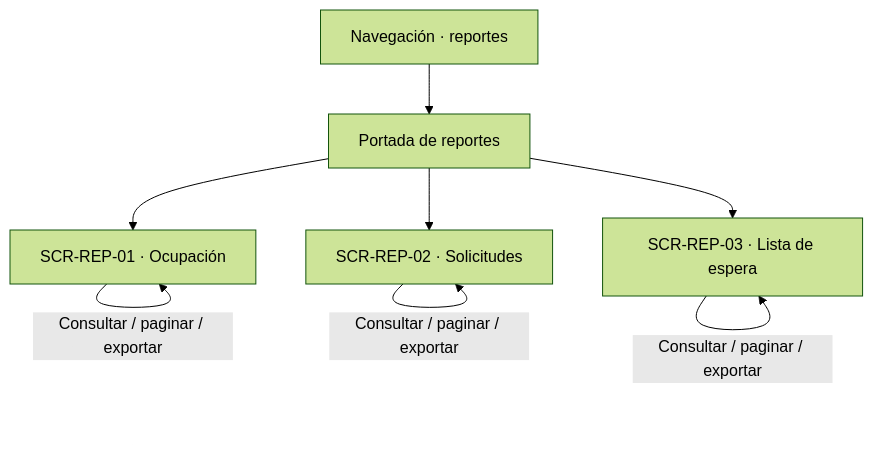
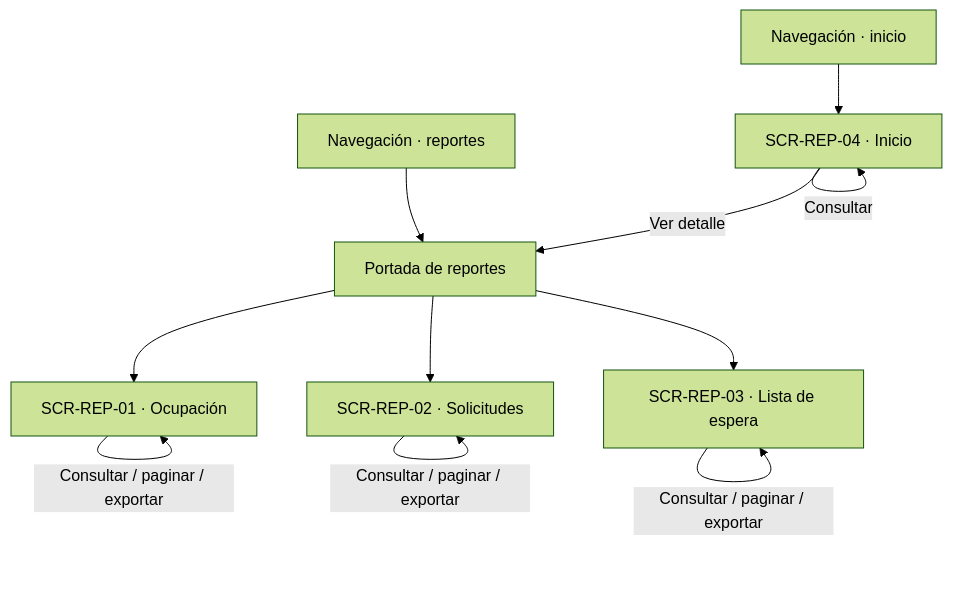
The diagram in specs/modules/reports/screen-flow.md (Juanmorales177809/reservas-parquei), drawn with Mermaid (forest theme) before and after one commit. The commit also changed other lines of this file and 5 other files, not shown here.

````diff
--- a/specs/modules/reports/screen-flow.md
+++ b/specs/modules/reports/screen-flow.md
@@ -28,10 +31,13 @@
 ```mermaid
 flowchart TD
-    nav["Navegación · reportes"] --> portada["Portada de reportes"]
+    nav["Navegación · inicio"] --> SCR-REP-04["SCR-REP-04 · Inicio"]
+    SCR-REP-04 -->|"Ver detalle"| portada["Portada de reportes"]
+    nav2["Navegación · reportes"] --> portada
     portada --> SCR-REP-01["SCR-REP-01 · Ocupación"]
     portada --> SCR-REP-02["SCR-REP-02 · Solicitudes"]
     portada --> SCR-REP-03["SCR-REP-03 · Lista de espera"]
     SCR-REP-01 -->|"Consultar / paginar / exportar"| SCR-REP-01
     SCR-REP-02 -->|"Consultar / paginar / exportar"| SCR-REP-02
     SCR-REP-03 -->|"Consultar / paginar / exportar"| SCR-REP-03
+    SCR-REP-04 -->|"Consultar"| SCR-REP-04
 ```
````
